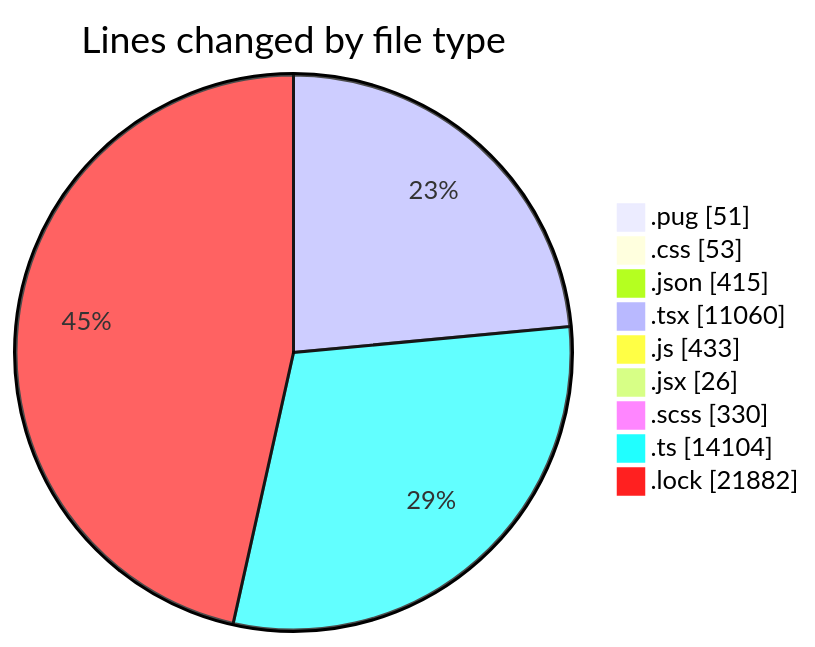
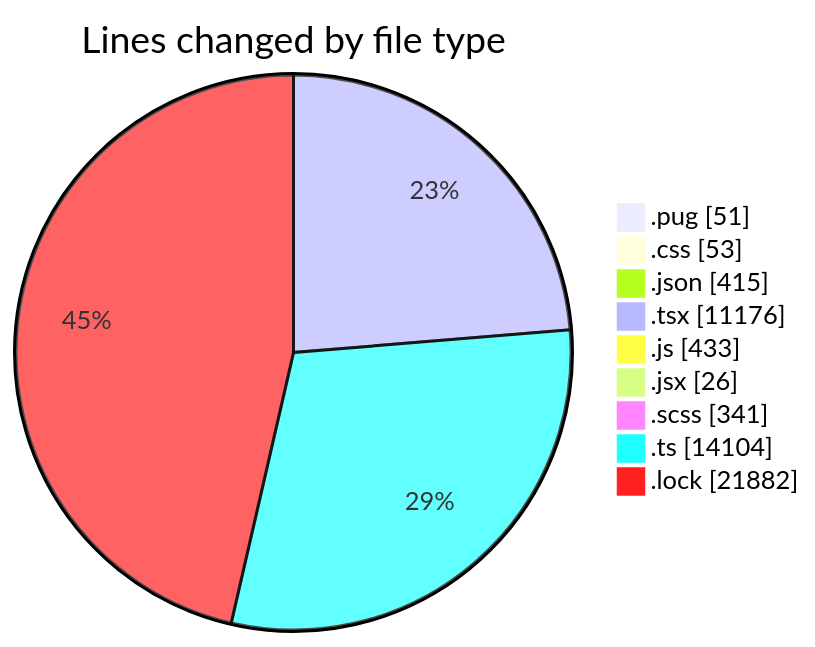
Before and after one commit to momahboobian/code-tracking: the first of 2 diagrams in 2025-11-06/cda/README.md, drawn with Mermaid. The commit also changed other lines of this file and 1 other file, not shown here.

````diff
--- a/2025-11-06/cda/README.md
+++ b/2025-11-06/cda/README.md
@@ -52,13 +53,13 @@
 ```mermaid
 pie showData
 title Lines changed by file type
 ".pug" : 51
 ".css" : 53
 ".json" : 415
-".tsx" : 11060
+".tsx" : 11176
 ".js" : 433
 ".jsx" : 26
-".scss" : 330
+".scss" : 341
 ".ts" : 14104
 ".lock" : 21882
 ```
````
